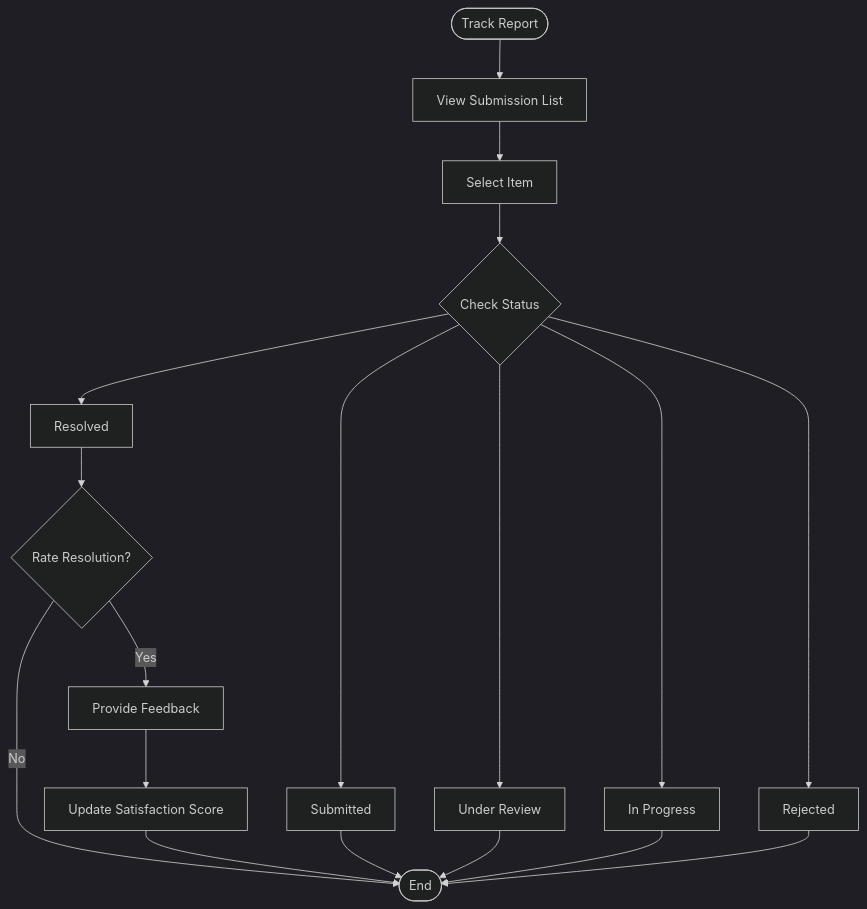
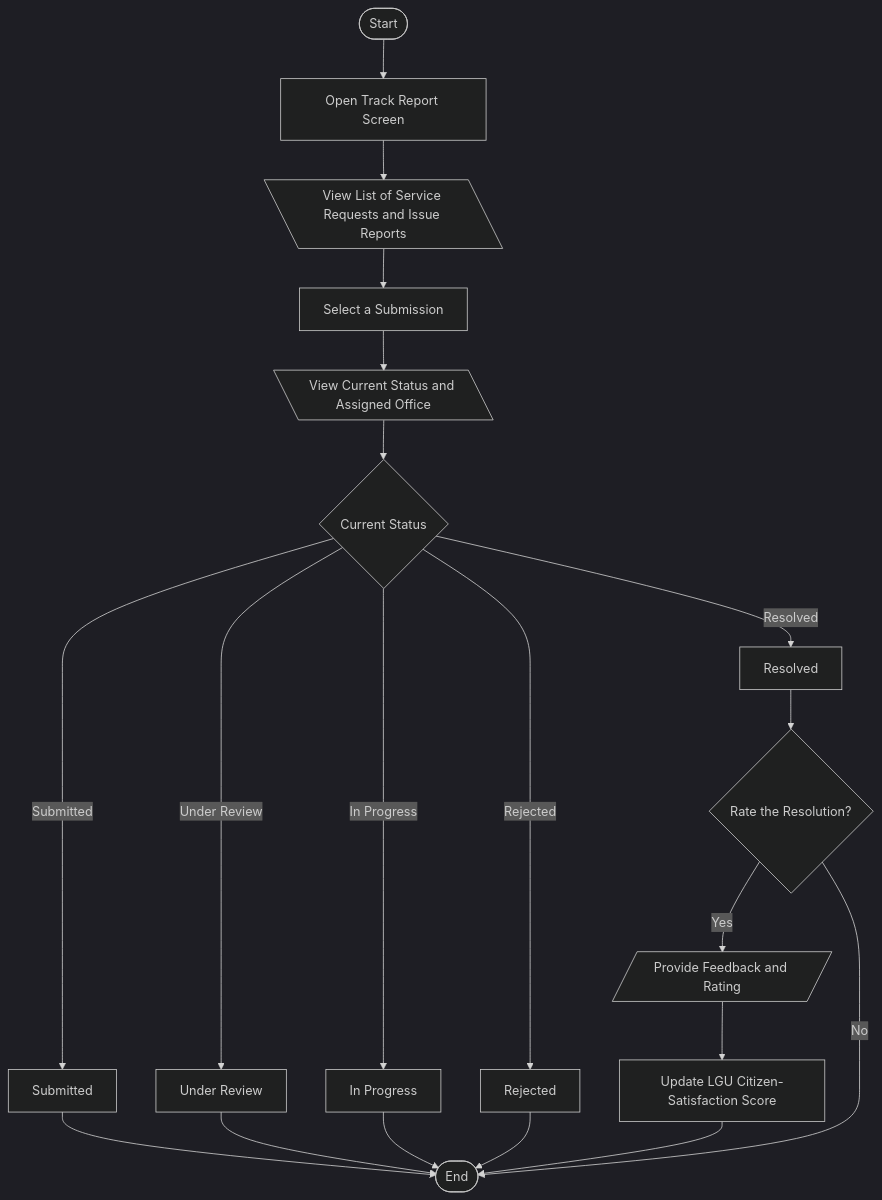
Diagram 15 of 25 in Manuscript/diagrams.md (MellowLaw/AGAPP), drawn with Mermaid (dark theme) before and after one commit. The commit also changed other lines of this file and 1 other file, not shown here.

Commit message:
feat: update diagrams and figures documentation with detailed flowcharts and wireframes for AGAPP

````diff
--- a/Manuscript/diagrams.md
+++ b/Manuscript/diagrams.md
@@ -323,20 +399,22 @@
 ```mermaid
 flowchart TD
-    Start([Track Report]) --> List[View Submission List]
-    List --> Item[Select Item]
-    Item --> Status{Check Status}
-    Status --> Submitted[Submitted]
-    Status --> UnderReview[Under Review]
-    Status --> InProgress[In Progress]
-    Status --> Resolved[Resolved]
-    Status --> Rejected[Rejected]
-    Resolved --> Rate{Rate Resolution?}
-    Rate -->|Yes| Feedback[Provide Feedback]
+    Start([Start]) --> Open[Open Track Report Screen]
+    Open --> List[\View List of Service Requests and Issue Reports\]
+    List --> Select[Select a Submission]
+    Select --> Status[\View Current Status and Assigned Office\]
+    Status --> StatusVal{Current Status}
+    StatusVal -->|Submitted| S1[Submitted]
+    StatusVal -->|Under Review| S2[Under Review]
+    StatusVal -->|In Progress| S3[In Progress]
+    StatusVal -->|Rejected| S4[Rejected]
+    StatusVal -->|Resolved| S5[Resolved]
+    S5 --> Rate{Rate the Resolution?}
+    Rate -->|Yes| Feedback[/Provide Feedback and Rating/]
+    Feedback --> Score[Update LGU Citizen-Satisfaction Score]
     Rate -->|No| End([End])
-    Feedback --> Score[Update Satisfaction Score]
+    S1 --> End
+    S2 --> End
+    S3 --> End
+    S4 --> End
     Score --> End
-    Submitted --> End
-    UnderReview --> End
-    InProgress --> End
-    Rejected --> End
 ```
````
